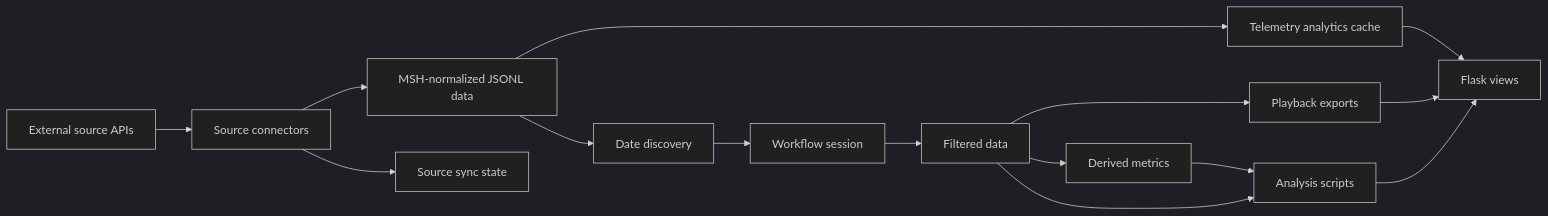
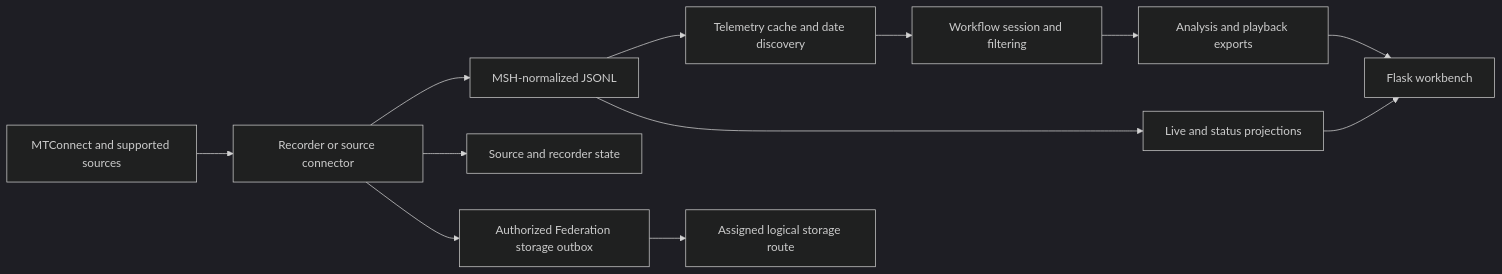
The diagram in docs/architecture.md (Nettking/msh), drawn with Mermaid (dark theme) before and after one commit. The commit also changed other lines of this file and 40 other files, not shown here.

````diff
--- a/docs/architecture.md
+++ b/docs/architecture.md
@@ -56,17 +145,14 @@
 ```mermaid
 flowchart LR
-    S[External source APIs] --> T[Source connectors]
-    T --> A[MSH-normalized JSONL data]
-    T --> U[Source sync state]
-    A --> B[Date discovery]
-    B --> C[Workflow session]
-    C --> D[Filtered data]
-    D --> E[Derived metrics]
-    E --> F[Analysis scripts]
-    D --> F
-    D --> G[Playback exports]
-    A --> I[Telemetry analytics cache]
-    I --> H[Flask views]
-    G --> H
-    F --> H
+    S[MTConnect and supported sources] --> R[Recorder or source connector]
+    R --> J[MSH-normalized JSONL]
+    R --> W[Source and recorder state]
+    J --> C[Telemetry cache and date discovery]
+    C --> F[Workflow session and filtering]
+    F --> A[Analysis and playback exports]
+    J --> L[Live and status projections]
+    A --> U[Flask workbench]
+    L --> U
+    R --> O[Authorized Federation storage outbox]
+    O --> P[Assigned logical storage route]
 ```
````
